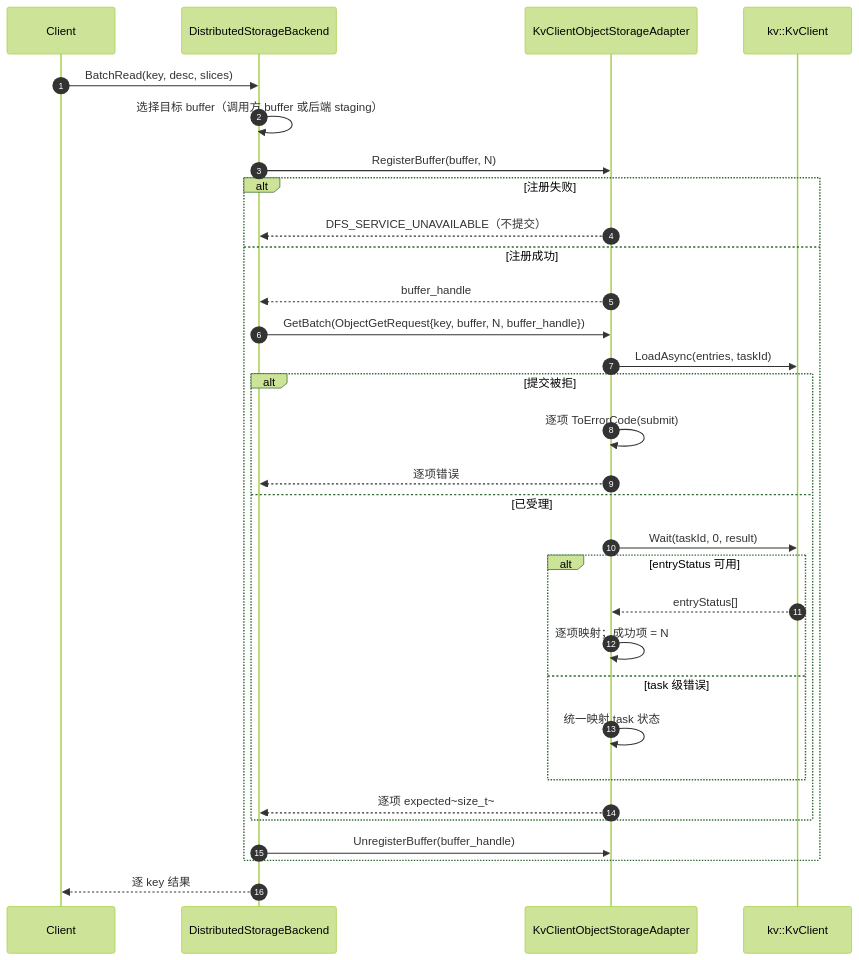
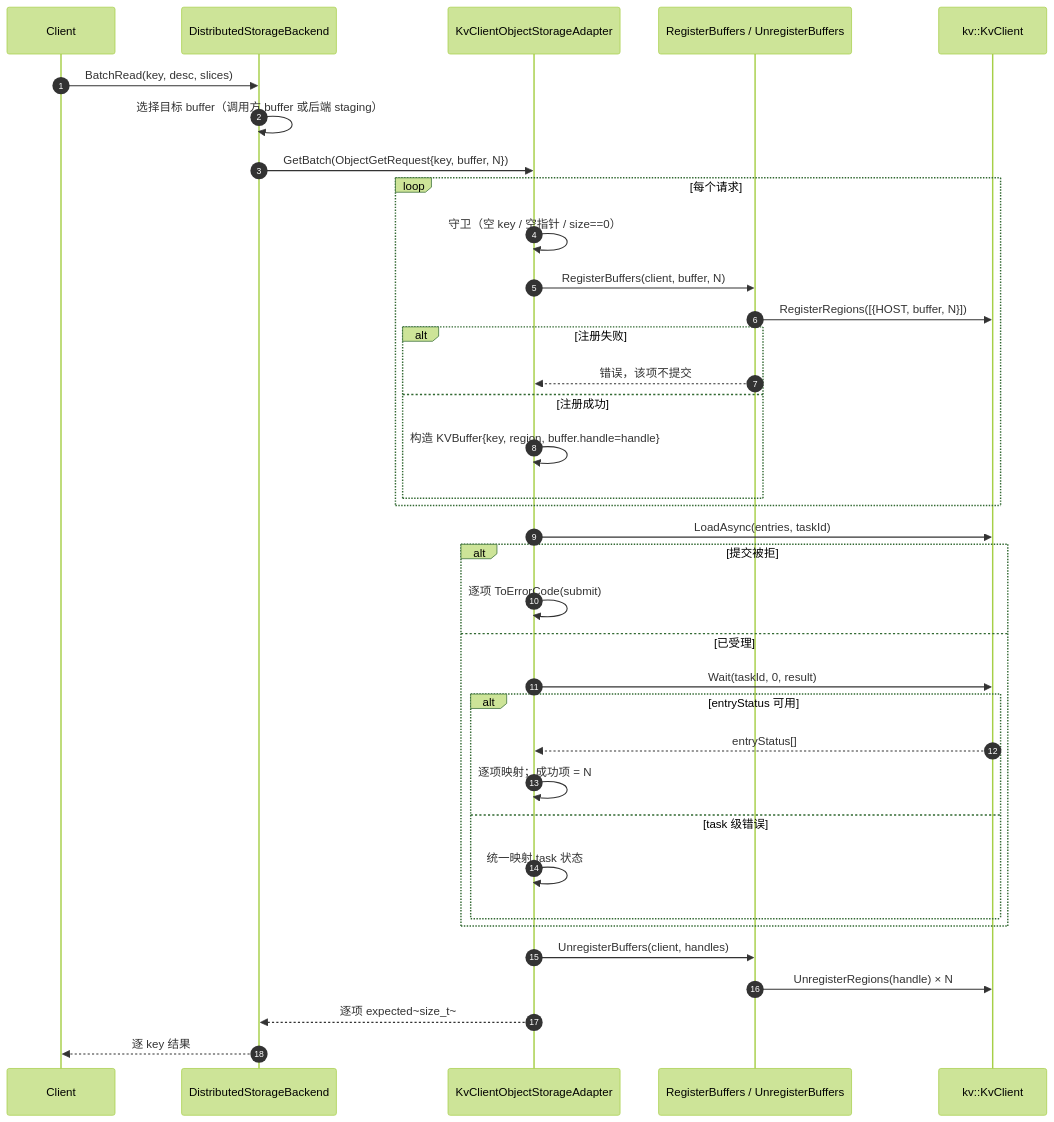
The seventh of 11 diagrams in Mooncake + KVClient L3 接入（Kvcs）- PR 实施设计.md (zwj20000328-dotcom/Mooncake-documents), drawn with Mermaid (forest theme) before and after one commit. The commit also changed other lines of this file and 1 other file, not shown here.

First line of the commit message:
docs: register kvclient buffers inside the adapter

````diff
--- a/Mooncake + KVClient L3 接入（Kvcs）- PR 实施设计.md
+++ b/Mooncake + KVClient L3 接入（Kvcs）- PR 实施设计.md
@@ -741,34 +750,39 @@
 ```mermaid
 sequenceDiagram
     autonumber
     participant C as Client
     participant BE as DistributedStorageBackend
     participant AD as KvClientObjectStorageAdapter
+    participant RB as RegisterBuffers / UnregisterBuffers
     participant SDK as kv::KvClient
 
     C->>BE: BatchRead(key, desc, slices)
     BE->>BE: 选择目标 buffer（调用方 buffer 或后端 staging）
-    BE->>AD: RegisterBuffer(buffer, N)
-    alt 注册失败
-        AD-->>BE: DFS_SERVICE_UNAVAILABLE（不提交）
-    else 注册成功
-        AD-->>BE: buffer_handle
-        BE->>AD: GetBatch(ObjectGetRequest{key, buffer, N, buffer_handle})
-        AD->>SDK: LoadAsync(entries, taskId)
-        alt 提交被拒
-            AD->>AD: 逐项 ToErrorCode(submit)
-            AD-->>BE: 逐项错误
-        else 已受理
-            AD->>SDK: Wait(taskId, 0, result)
-            alt entryStatus 可用
-                SDK-->>AD: entryStatus[]
-                AD->>AD: 逐项映射；成功项 = N
-            else task 级错误
-                AD->>AD: 统一映射 task 状态
-            end
-            AD-->>BE: 逐项 expected~size_t~
+    BE->>AD: GetBatch(ObjectGetRequest{key, buffer, N})
+    loop 每个请求
+        AD->>AD: 守卫（空 key / 空指针 / size==0）
+        AD->>RB: RegisterBuffers(client, buffer, N)
+        RB->>SDK: RegisterRegions([{HOST, buffer, N}])
+        alt 注册失败
+            RB-->>AD: 错误，该项不提交
+        else 注册成功
+            AD->>AD: 构造 KVBuffer{key, region, buffer.handle=handle}
         end
-        BE->>AD: UnregisterBuffer(buffer_handle)
     end
+    AD->>SDK: LoadAsync(entries, taskId)
+    alt 提交被拒
+        AD->>AD: 逐项 ToErrorCode(submit)
+    else 已受理
+        AD->>SDK: Wait(taskId, 0, result)
+        alt entryStatus 可用
+            SDK-->>AD: entryStatus[]
+            AD->>AD: 逐项映射；成功项 = N
+        else task 级错误
+            AD->>AD: 统一映射 task 状态
+        end
+    end
+    AD->>RB: UnregisterBuffers(client, handles)
+    RB->>SDK: UnregisterRegions(handle) × N
+    AD-->>BE: 逐项 expected~size_t~
     BE-->>C: 逐 key 结果
 ```
````
